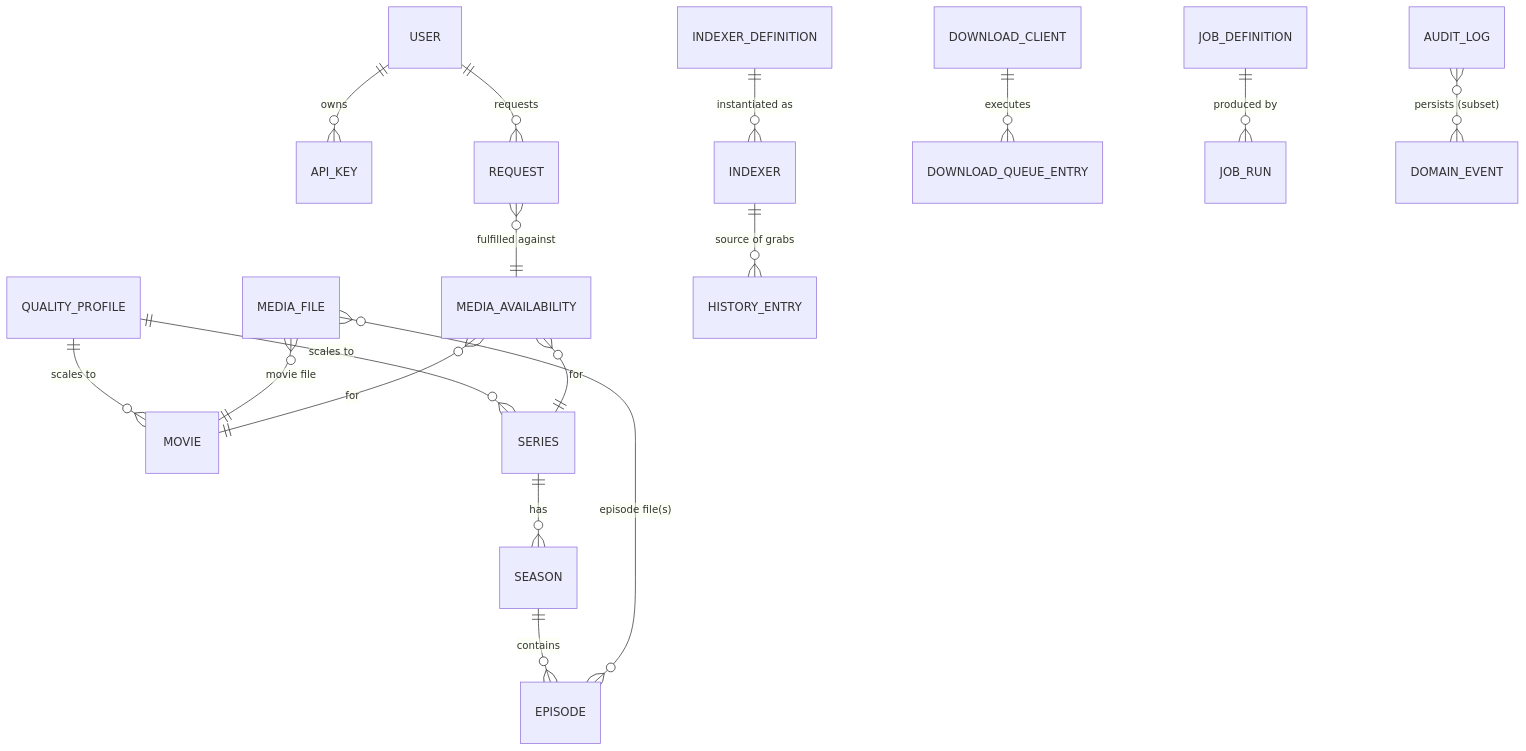
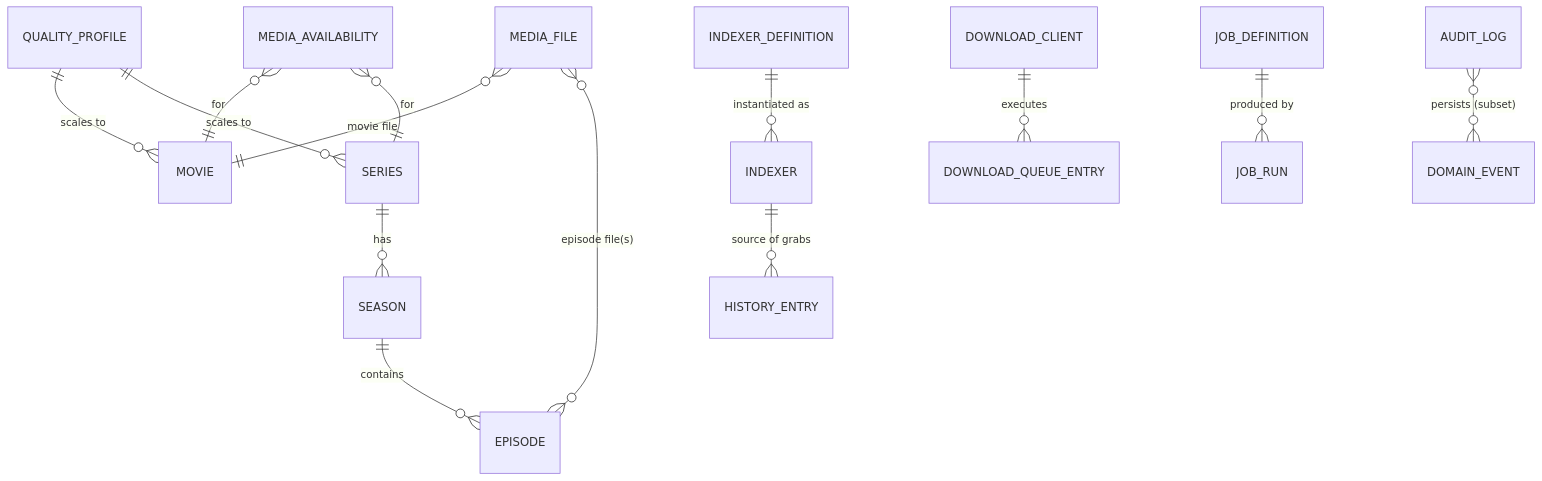
The diagram in docs/architecture/domain-model.md (HellboundGlory/media-nexus), drawn with Mermaid before and after one commit. The commit also changed other lines of this file and 114 other files, not shown here.

````diff
--- a/docs/architecture/domain-model.md
+++ b/docs/architecture/domain-model.md
@@ -142,19 +139,16 @@
 ```mermaid
 erDiagram
-    USER ||--o{ API_KEY : owns
     QUALITY_PROFILE ||--o{ MOVIE : "scales to"
     QUALITY_PROFILE ||--o{ SERIES : "scales to"
     SERIES ||--o{ SEASON : has
     SEASON ||--o{ EPISODE : contains
     MEDIA_FILE }o--|| MOVIE : "movie file"
     MEDIA_FILE }o--o{ EPISODE : "episode file(s)"
-    USER ||--o{ REQUEST : requests
-    REQUEST }o--|| MEDIA_AVAILABILITY : "fulfilled against"
     MEDIA_AVAILABILITY }o--|| MOVIE : "for"
     MEDIA_AVAILABILITY }o--|| SERIES : "for"
     INDEXER_DEFINITION ||--o{ INDEXER : "instantiated as"
     INDEXER ||--o{ HISTORY_ENTRY : "source of grabs"
     DOWNLOAD_CLIENT ||--o{ DOWNLOAD_QUEUE_ENTRY : "executes"
     JOB_DEFINITION ||--o{ JOB_RUN : "produced by"
     AUDIT_LOG }o--o{ DOMAIN_EVENT : "persists (subset)"
 ```
````
